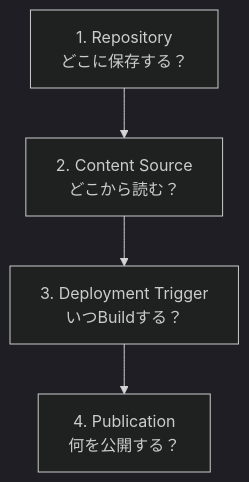
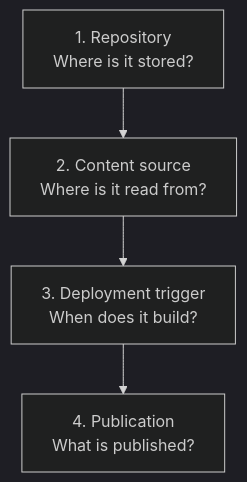
One commit to Rerurate514/riebeckite changed diagram 13 of 13 in docs/docs/guides/deployment/separate-content-repository.md. Above: the diagram before and after it, drawn with Mermaid (dark theme). The commit also changed other lines of this file and 604 other files, not shown here.

````diff
--- a/docs/docs/guides/deployment/separate-content-repository.md
+++ b/docs/docs/guides/deployment/separate-content-repository.md
@@ -1238,11 +626,11 @@
-```mermaid id="21yk7i"
+```mermaid
 flowchart TD
-    Storage["1. Repository<br/>どこに保存する？"]
-    Source["2. Content Source<br/>どこから読む？"]
-    Trigger["3. Deployment Trigger<br/>いつBuildする？"]
-    Publication["4. Publication<br/>何を公開する？"]
+    Storage["1. Repository<br/>Where is it stored?"]
+    Source["2. Content source<br/>Where is it read from?"]
+    Trigger["3. Deployment trigger<br/>When does it build?"]
+    Publication["4. Publication<br/>What is published?"]
 
     Storage --> Source
     Source --> Trigger
     Trigger --> Publication
 ```
````
